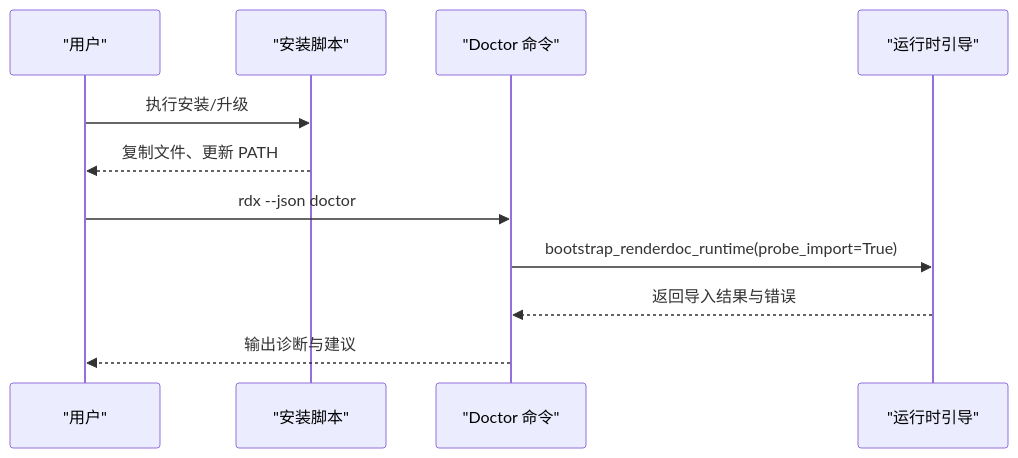
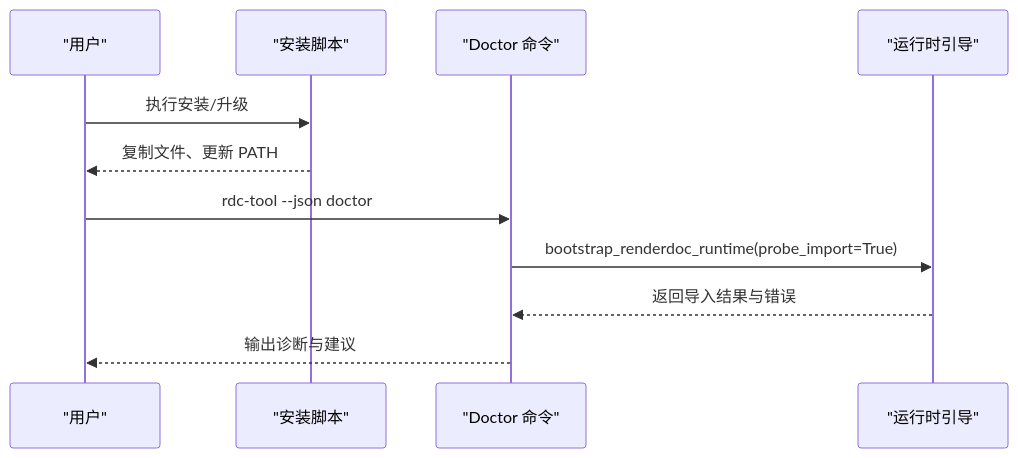
Before and after one commit to haolange/RDC-Tool: the fifth of 6 diagrams in .qoder/repowiki/zh/content/运行时管理/依赖检查系统.md, drawn with Mermaid. The commit also changed other lines of this file and 388 other files, not shown here.

First line of the commit message:
Release RDC-Tool identity and public maintenance surface

````diff
--- a/.qoder/repowiki/zh/content/运行时管理/依赖检查系统.md
+++ b/.qoder/repowiki/zh/content/运行时管理/依赖检查系统.md
@@ -207,13 +207,13 @@
 ```mermaid
 sequenceDiagram
 participant User as "用户"
 participant Install as "安装脚本"
 participant Doctor as "Doctor 命令"
 participant Boot as "运行时引导"
 User->>Install : 执行安装/升级
 Install-->>User : 复制文件、更新 PATH
-User->>Doctor : rdx --json doctor
+User->>Doctor : rdc-tool --json doctor
 Doctor->>Boot : bootstrap_renderdoc_runtime(probe_import=True)
 Boot-->>Doctor : 返回导入结果与错误
 Doctor-->>User : 输出诊断与建议
 ```
````
